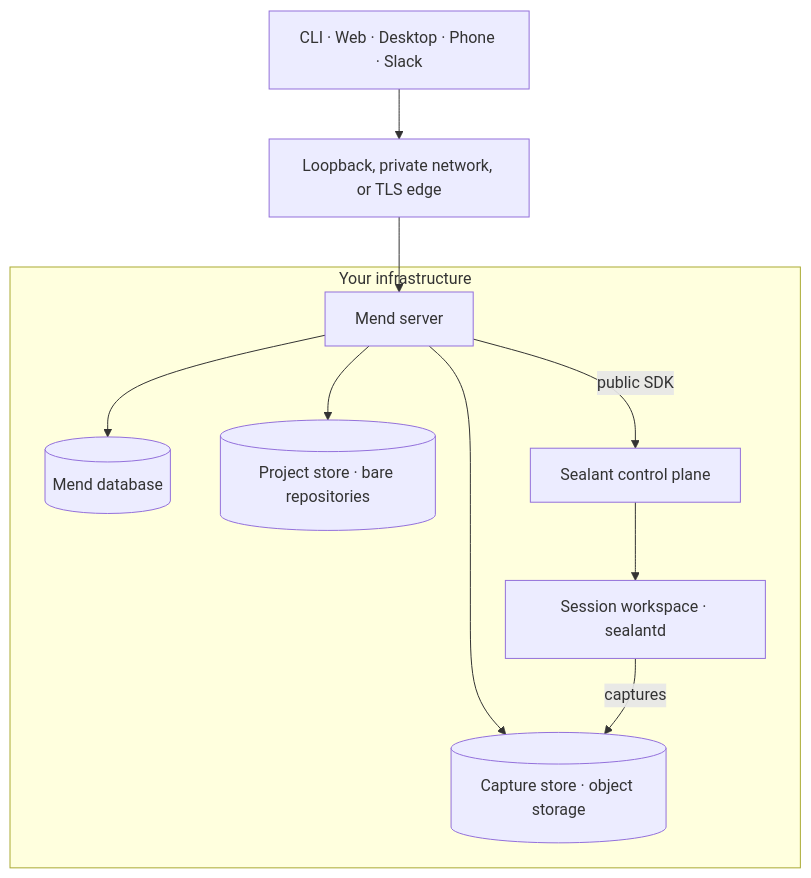
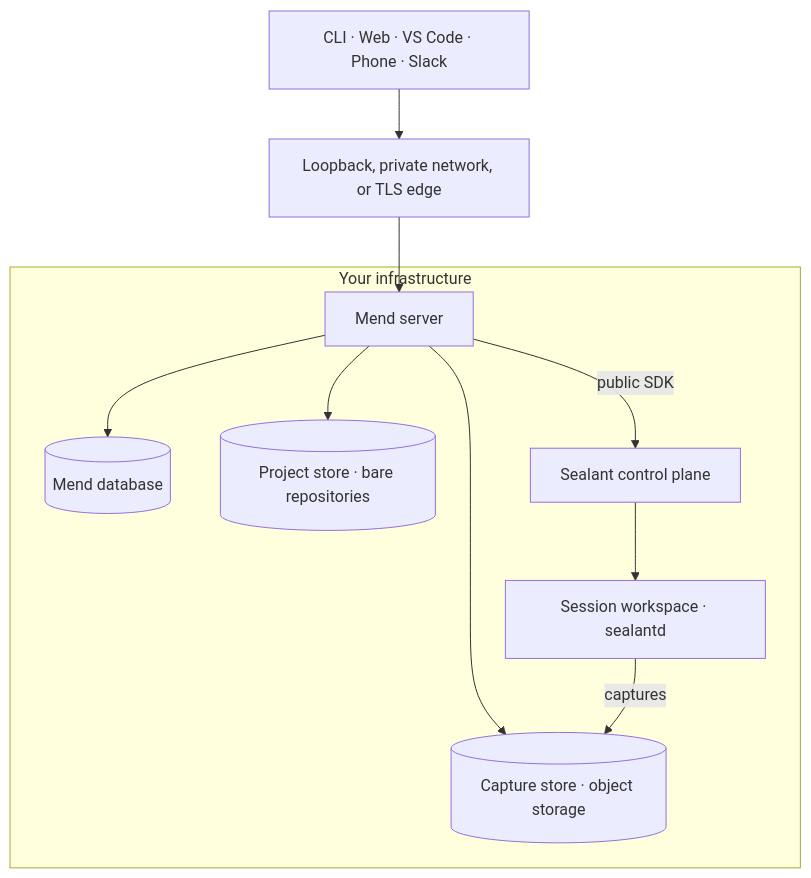
Before and after one commit to sealant-sh/mend: the first of 3 diagrams in apps/docs/src/content/docs/concepts/how-mend-works.md, drawn with Mermaid. The commit also changed other lines of this file and 45 other files, not shown here.

````diff
--- a/apps/docs/src/content/docs/concepts/how-mend-works.md
+++ b/apps/docs/src/content/docs/concepts/how-mend-works.md
@@ -28,22 +28,22 @@
 ```mermaid
 flowchart TB
-  clients[CLI · Web · Desktop · Phone · Slack]
+  clients[CLI · Web · VS Code · Phone · Slack]
   network[Loopback, private network, or TLS edge]
 
   subgraph host[Your infrastructure]
     mend[Mend server]
     db[(Mend database)]
     store[(Project store · bare repositories)]
     bucket[(Capture store · object storage)]
     sealant[Sealant control plane]
     workspace[Session workspace · sealantd]
   end
 
   clients --> network --> mend
   mend --> db
   mend --> store
   mend --> bucket
   mend -->|public SDK| sealant
   sealant --> workspace
   workspace -->|captures| bucket
 ```
````
